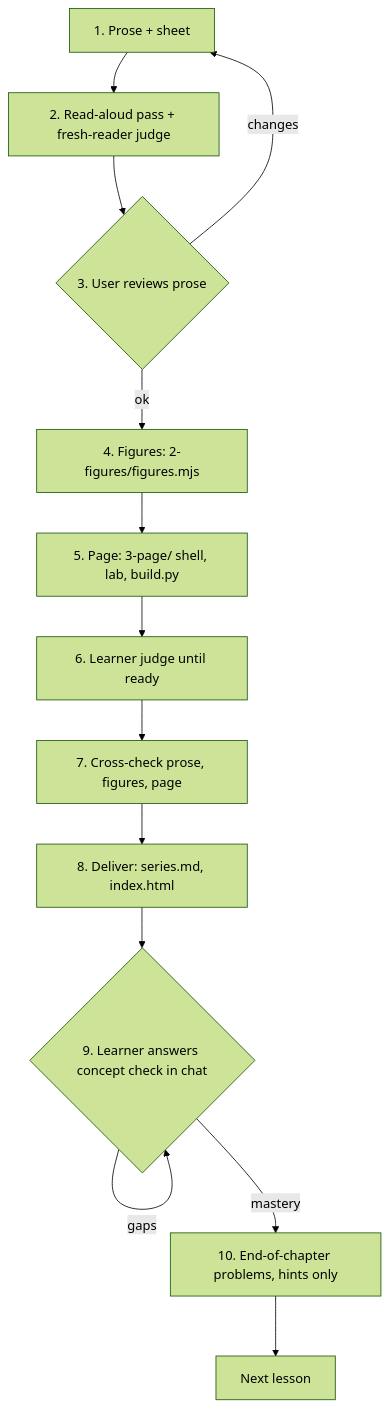
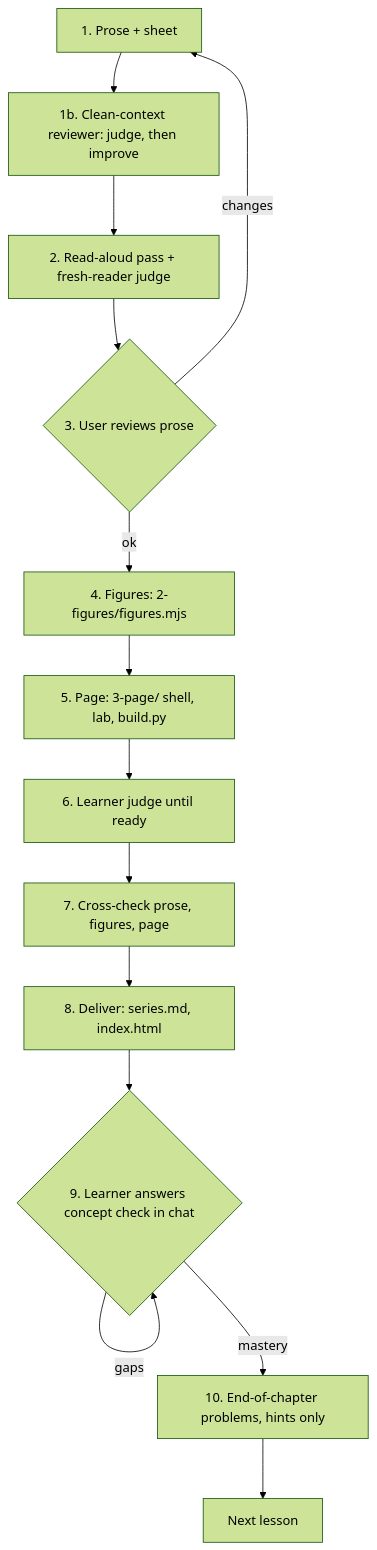
One commit to klaygomes/uml-lessons changed the diagram in TASKS.md. Above: the diagram before and after it, drawn with Mermaid (forest theme). The commit also changed other lines of this file and 7 other files, not shown here.

Commit message:
feat: clean-context reviewer step and brief, load check before spawning agents

````diff
--- a/TASKS.md
+++ b/TASKS.md
@@ -38,15 +39,16 @@
 ```mermaid
 flowchart TD
-  P[1. Prose + sheet] --> G1[2. Read-aloud pass + fresh-reader judge]
+  P[1. Prose + sheet] --> RV[1b. Clean-context reviewer: judge, then improve]
+  RV --> G1[2. Read-aloud pass + fresh-reader judge]
   G1 --> R1{3. User reviews prose}
   R1 -->|changes| P
   R1 -->|ok| F[4. Figures: 2-figures/figures.mjs]
   F --> PG[5. Page: 3-page/ shell, lab, build.py]
   PG --> J[6. Learner judge until ready]
   J --> V[7. Cross-check prose, figures, page]
   V --> D[8. Deliver: series.md, index.html]
   D --> CC{9. Learner answers concept check in chat}
   CC -->|gaps| CC
   CC -->|mastery| X[10. End-of-chapter problems, hints only]
   X --> N[Next lesson]
 ```
````
